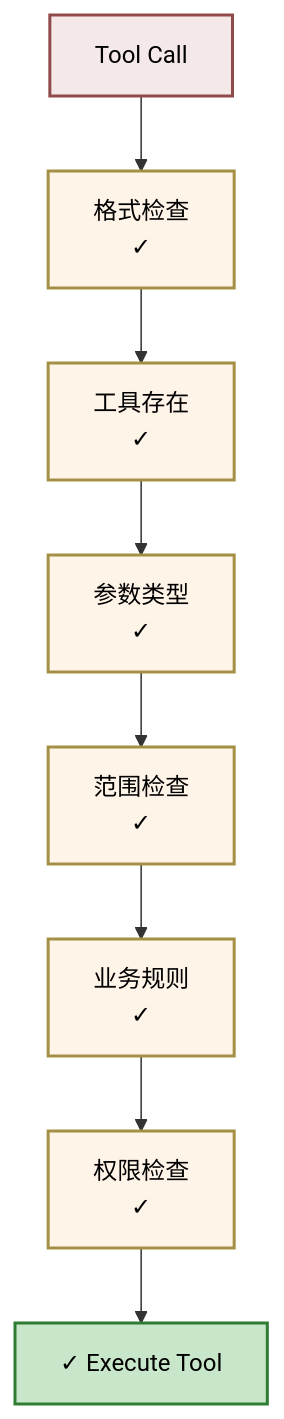
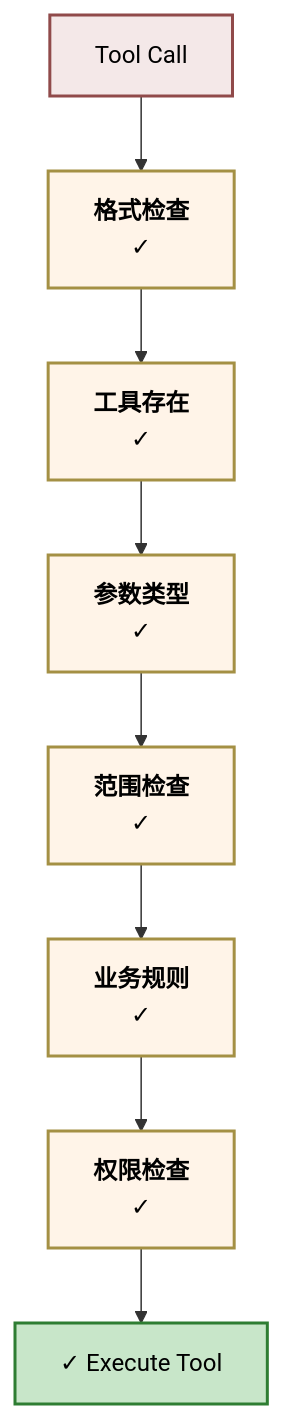
One commit to yeasy/harness_engineering_guide changed the third of 6 diagrams in 07_model_integration/summary.md. Above: the diagram before and after it, drawn with Mermaid. The commit also changed other lines of this file and 26 other files, not shown here.

Commit message:
Add bold titles to Mermaid diagram nodes

````diff
--- a/07_model_integration/summary.md
+++ b/07_model_integration/summary.md
@@ -90,19 +90,19 @@
 ```mermaid
 graph TD
-    A["Tool Call"] --> B["格式检查<br/>✓"]
-    B --> C["工具存在<br/>✓"]
-    C --> D["参数类型<br/>✓"]
-    D --> E["范围检查<br/>✓"]
-    E --> F["业务规则<br/>✓"]
-    F --> G["权限检查<br/>✓"]
+    A["Tool Call"] --> B["<b>格式检查</b><br/>✓"]
+    B --> C["<b>工具存在</b><br/>✓"]
+    C --> D["<b>参数类型</b><br/>✓"]
+    D --> E["<b>范围检查</b><br/>✓"]
+    E --> F["<b>业务规则</b><br/>✓"]
+    F --> G["<b>权限检查</b><br/>✓"]
     G --> H["✓ Execute Tool"]
 
     style A fill:#f4e8e8,stroke:#904a4a,stroke-width:2px,color:#000000
     style B fill:#fff4e8,stroke:#a49044,stroke-width:2px,color:#000000
     style C fill:#fff4e8,stroke:#a49044,stroke-width:2px,color:#000000
     style D fill:#fff4e8,stroke:#a49044,stroke-width:2px,color:#000000
     style E fill:#fff4e8,stroke:#a49044,stroke-width:2px,color:#000000
     style F fill:#fff4e8,stroke:#a49044,stroke-width:2px,color:#000000
     style G fill:#fff4e8,stroke:#a49044,stroke-width:2px,color:#000000
     style H fill:#c8e6c9,stroke:#2e7d32,stroke-width:2px,color:#000000
 ```
````
